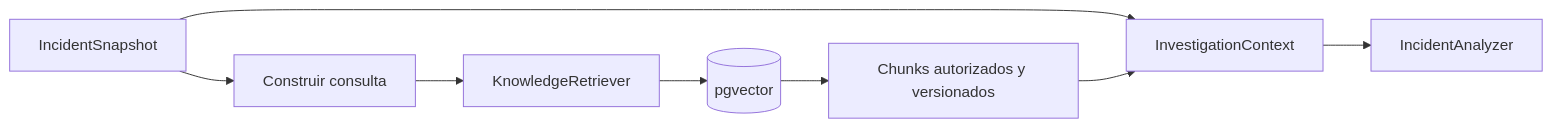
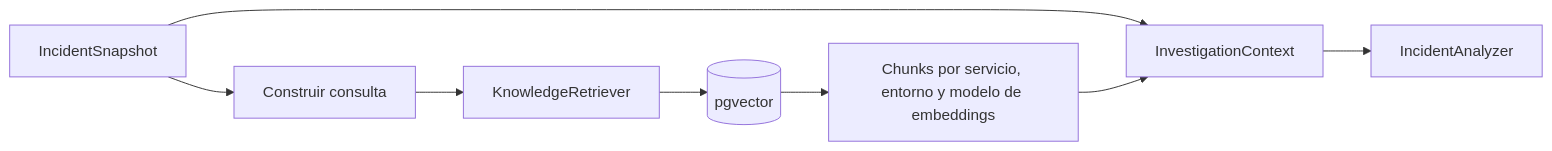
One commit to Juanmagc99/Vigilia changed the fourth of 4 diagrams in docs/architecture.md. Above: the diagram before and after it, drawn with Mermaid. The commit also changed other lines of this file and 29 other files, not shown here.

````diff
--- a/docs/architecture.md
+++ b/docs/architecture.md
@@ -487,10 +488,10 @@
 ```mermaid
 flowchart LR
     S[IncidentSnapshot] --> Q[Construir consulta]
     Q --> R[KnowledgeRetriever]
     R --> V[(pgvector)]
-    V --> K[Chunks autorizados y versionados]
+    V --> K[Chunks por servicio, entorno y modelo de embeddings]
     S --> C[InvestigationContext]
     K --> C
     C --> A[IncidentAnalyzer]
 ```
````
